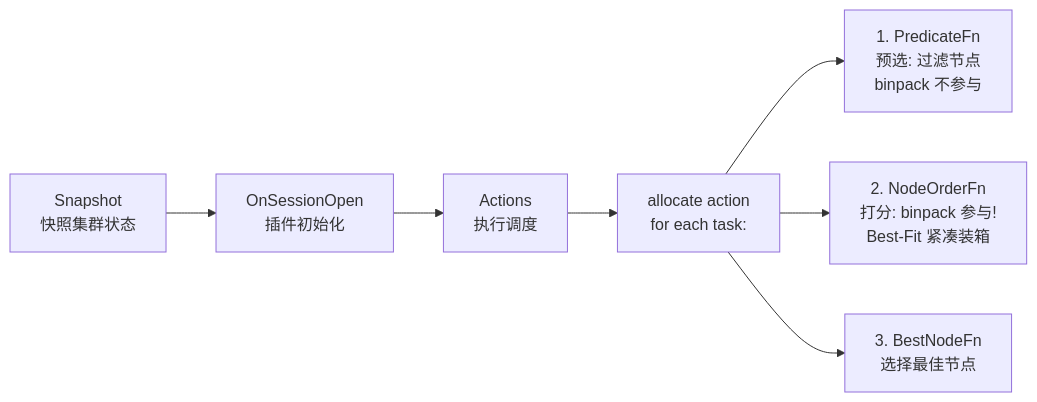
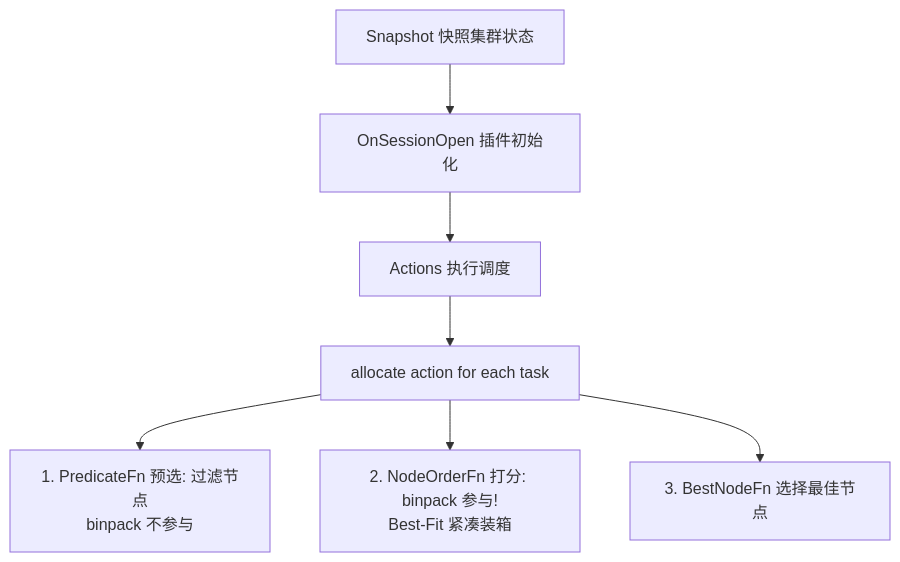
Before and after one commit to autsu/volcano: the fourth of 4 diagrams in pkg/scheduler/plugins/binpack/ANALYSIS.md, drawn with Mermaid. The commit also changed 4 other files, not shown here.

````diff
--- a/pkg/scheduler/plugins/binpack/ANALYSIS.md
+++ b/pkg/scheduler/plugins/binpack/ANALYSIS.md
@@ -298,9 +298,10 @@
 ```mermaid
-flowchart LR
-    SNAPSHOT["Snapshot<br/>快照集群状态"] --> OSO["OnSessionOpen<br/>插件初始化"]
-    OSO --> ACTIONS["Actions<br/>执行调度"]
-    ACTIONS --> ALLOCATE["allocate action<br/>for each task:"]
-    ALLOCATE --> P1["1. PredicateFn<br/>预选: 过滤节点<br/>binpack 不参与"]
-    ALLOCATE --> P2["2. NodeOrderFn<br/>打分: binpack 参与!<br/>Best-Fit 紧凑装箱"]
-    ALLOCATE --> P3["3. BestNodeFn<br/>选择最佳节点"]
+flowchart TD
+    SNAPSHOT["Snapshot 快照集群状态"]
+    SNAPSHOT --> OSO["OnSessionOpen 插件初始化"]
+    OSO --> ACTIONS["Actions 执行调度"]
+    ACTIONS --> ALLOCATE["allocate action for each task"]
+    ALLOCATE --> P1["1. PredicateFn 预选: 过滤节点<br/>binpack 不参与"]
+    ALLOCATE --> P2["2. NodeOrderFn 打分: binpack 参与!<br/>Best-Fit 紧凑装箱"]
+    ALLOCATE --> P3["3. BestNodeFn 选择最佳节点"]
 ```
````
